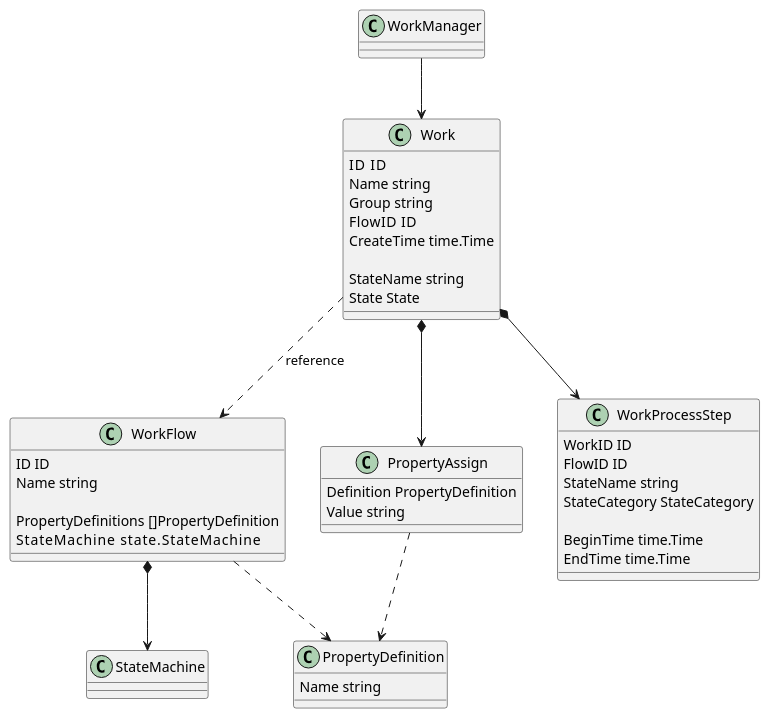
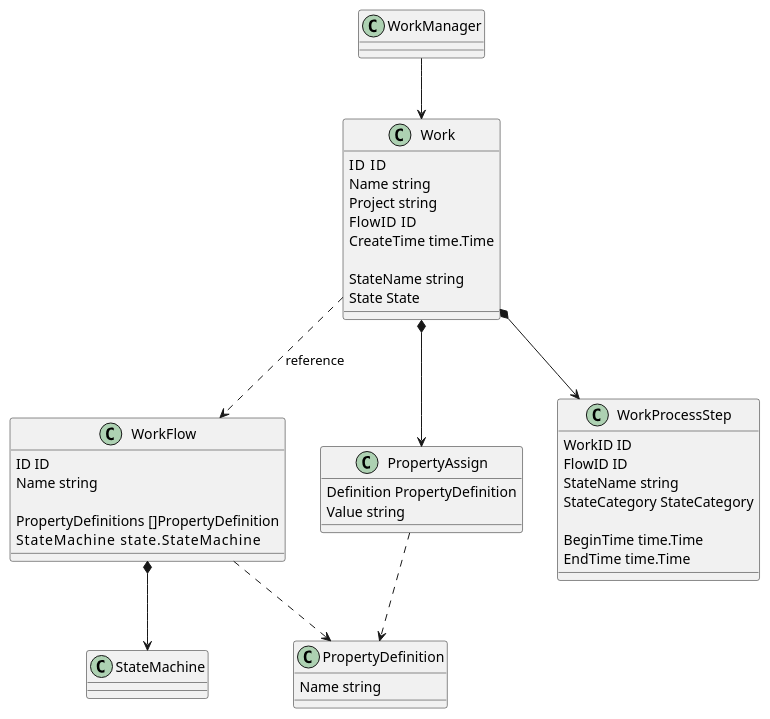
Before and after one commit to fundwit/flywheel: the diagram in doc/WorkAndFlow.puml, drawn with PlantUML. The commit also changed 24 other files, not shown here.

Commit message:
rename group to project.

```diff
--- a/doc/WorkAndFlow.puml
+++ b/doc/WorkAndFlow.puml
@@ -1,51 +1,51 @@
 @startuml
 class Work {
     ID  ID
     Name string
-    Group string
+    Project string
     FlowID  ID
     CreateTime time.Time
 
     StateName string
     State State
 }
 
 Work ..> WorkFlow :reference
 Work *--> PropertyAssign
 PropertyAssign ..> PropertyDefinition
 WorkFlow ..> PropertyDefinition
 WorkFlow *--> StateMachine
 Work *--> WorkProcessStep
 
 class WorkProcessStep {
     WorkID ID
     FlowID ID
     StateName string
     StateCategory StateCategory
 
     BeginTime time.Time
     EndTime time.Time
 }
 
 class WorkFlow {
     ID ID
     Name string
 
     PropertyDefinitions []PropertyDefinition
     StateMachine        state.StateMachine
 }
 
 class PropertyDefinition {
     Name string
 }
 
 class PropertyAssign {
     Definition PropertyDefinition
     Value string
 }
 
 class WorkManager {
 }
 
 WorkManager --> Work
 @enduml
```
